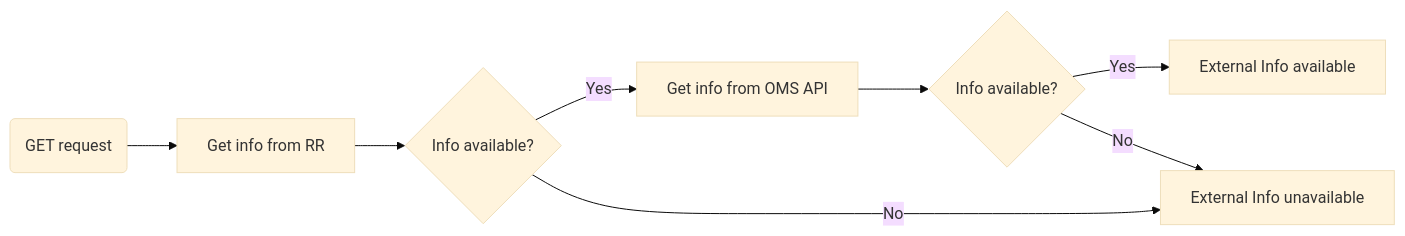
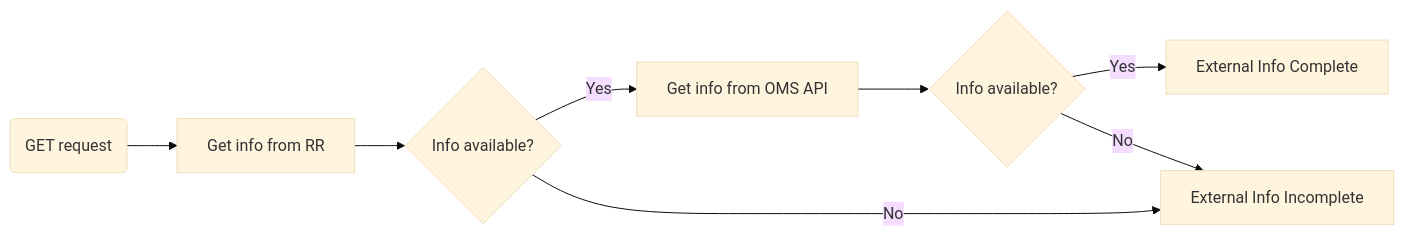
Before and after one commit to CMSTrackerDPG/cms-tkdpg-software-knowledge-transfer: the diagram in docs/certhelper/apps/certifier/views/certify.md, drawn with Mermaid (base theme).

Commit message:
Fixed terms

````diff
--- a/docs/certhelper/apps/certifier/views/certify.md
+++ b/docs/certhelper/apps/certifier/views/certify.md
@@ -83,10 +83,10 @@
 	```mermaid
 	flowchart LR
 	get(GET request) --> get_rr[Get info from RR]
 	get_rr --> info_rr{Info available?}
 	info_rr -- "Yes" --> get_oms[Get info from OMS API]
 	get_oms --> info_oms{Info available?}	
-	info_oms -- "Yes" --> ext_info_true[External Info available]
-	info_oms -- "No" --> ext_info_false[External Info unavailable]
+	info_oms -- "Yes" --> ext_info_true[External Info Complete]
+	info_oms -- "No" --> ext_info_false[External Info Incomplete]
 	info_rr -- "No" --> ext_info_false
 	```
````
